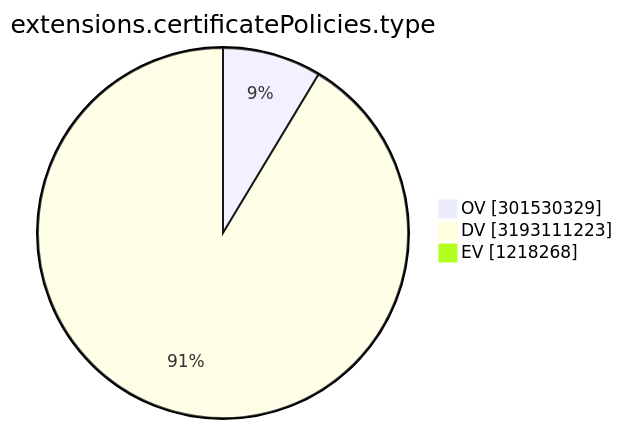
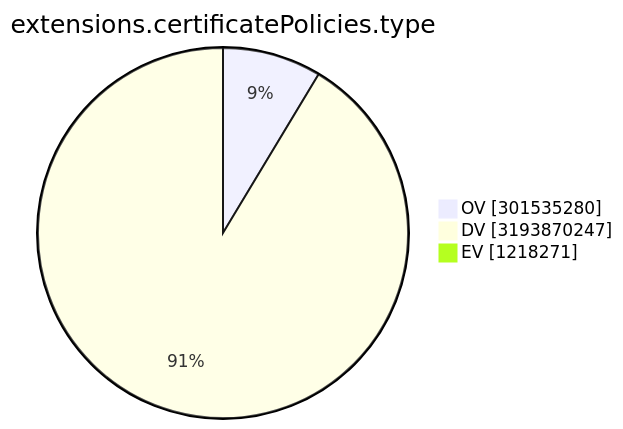
One commit to christiankrug/ctmonitor_visualization changed the ninth of 15 diagrams in TOTAL/README.md. Above: the diagram before and after it, drawn with Mermaid. The commit also changed other lines of this file, not shown here.

````diff
--- a/TOTAL/README.md
+++ b/TOTAL/README.md
@@ -3106,7 +3106,7 @@
 ```mermaid
 pie showData
 title extensions.certificatePolicies.type
-"OV" :301530329
-"DV" :3193111223
-"EV" :1218268
+"OV" :301535280
+"DV" :3193870247
+"EV" :1218271
 ```
````
